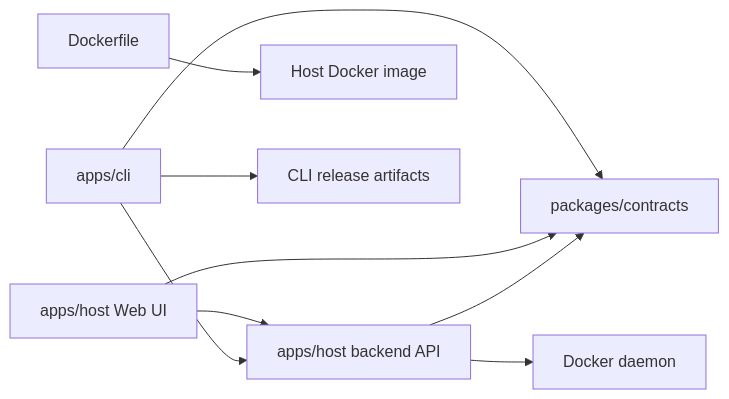
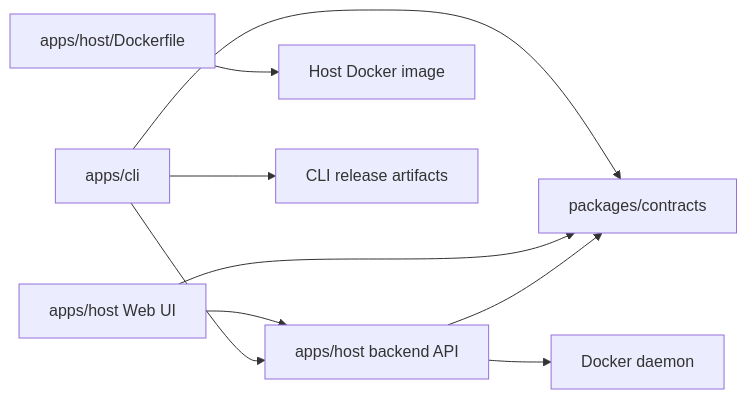
The diagram in docs/features/repository-release-model.md (alex-de-haas/docker-host), drawn with Mermaid before and after one commit. The commit also changed other lines of this file and 60 other files, not shown here.

````diff
--- a/docs/features/repository-release-model.md
+++ b/docs/features/repository-release-model.md
@@ -52,11 +52,11 @@
 ```mermaid
 flowchart LR
   A["apps/cli"] --> B["packages/contracts"]
   C["apps/host Web UI"] --> B
   D["apps/host backend API"] --> B
   C --> D
   A --> D
   D --> E["Docker daemon"]
-  F["Dockerfile"] --> G["Host Docker image"]
+  F["apps/host/Dockerfile"] --> G["Host Docker image"]
   A --> H["CLI release artifacts"]
 ```
````
